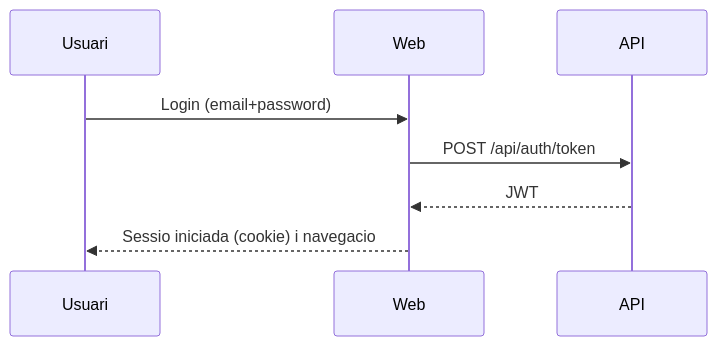
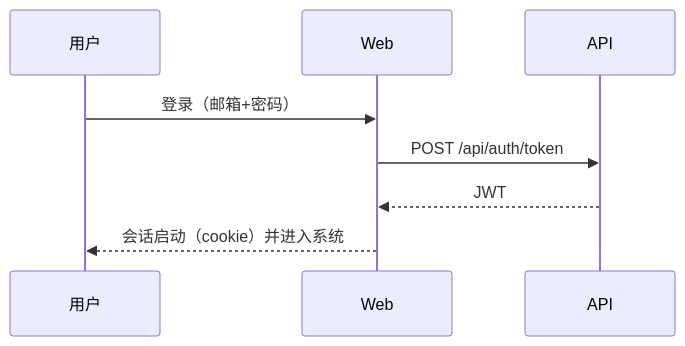
One commit to dmoraroca/escoles-publiques changed the third of 3 diagrams in docs/zh/functional.md. Above: the diagram before and after it, drawn with Mermaid. The commit also changed other lines of this file and 11 other files, not shown here.

````diff
--- a/docs/zh/functional.md
+++ b/docs/zh/functional.md
@@ -95,11 +95,11 @@
 ```mermaid
 sequenceDiagram
-  participant U as Usuari
+  participant U as 用户
   participant W as Web
   participant A as API
 
-  U->>W: Login (email+password)
+  U->>W: 登录（邮箱+密码）
   W->>A: POST /api/auth/token
   A-->>W: JWT
-  W-->>U: Sessio iniciada (cookie) i navegacio
+  W-->>U: 会话启动（cookie）并进入系统
 ```
````
